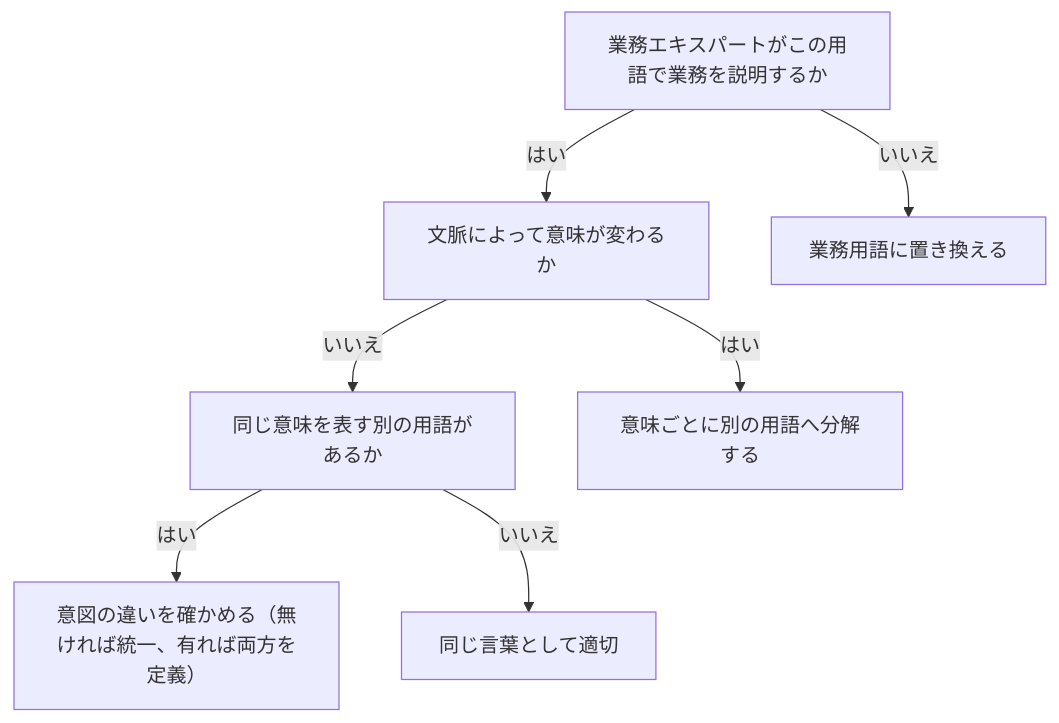
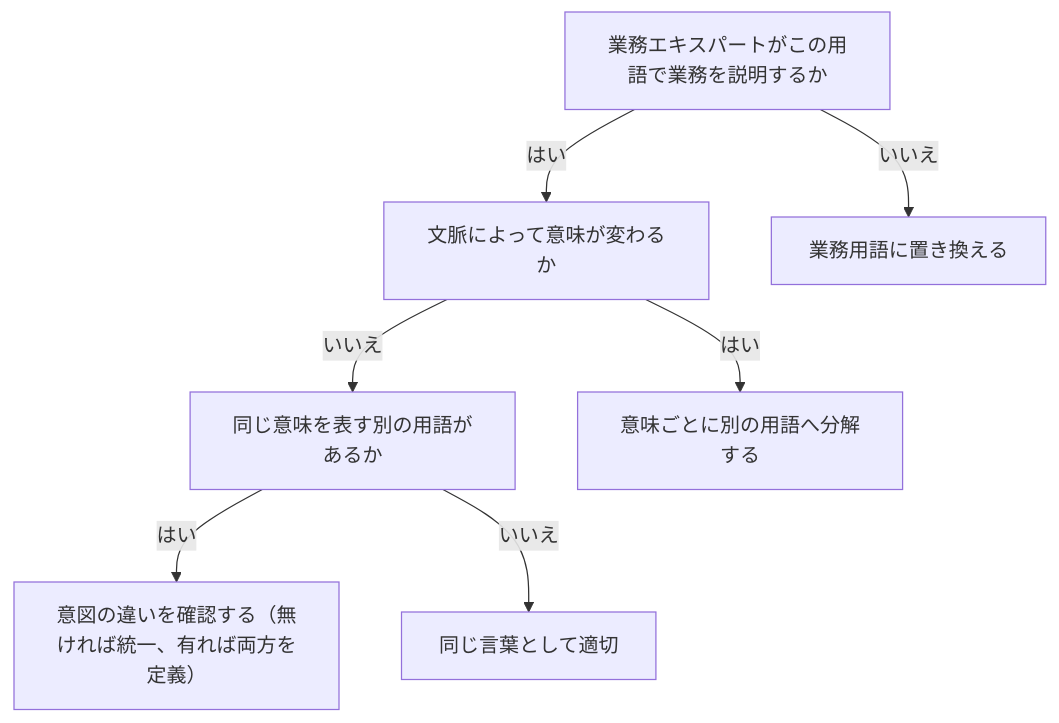
One commit to daidaiiro-519/daidaiiro changed the third of 3 diagrams in .claude/skills/ddd-advisor/references/knowledge/ubiquitous-language.md. Above: the diagram before and after it, drawn with Mermaid. The commit also changed other lines of this file and 120 other files, not shown here.

````diff
--- a/.claude/skills/ddd-advisor/references/knowledge/ubiquitous-language.md
+++ b/.claude/skills/ddd-advisor/references/knowledge/ubiquitous-language.md
@@ -143,16 +143,16 @@
 ```mermaid
 flowchart TD
     n0["業務エキスパートがこの用語で業務を説明するか"]
     n1["文脈によって意味が変わるか"]
     n2["同じ意味を表す別の用語があるか"]
     n3["業務用語に置き換える"]
     n4["意味ごとに別の用語へ分解する"]
-    n5["意図の違いを確かめる（無ければ統一、有れば両方を定義）"]
+    n5["意図の違いを確認する（無ければ統一、有れば両方を定義）"]
     n6["同じ言葉として適切"]
     n0 -->|"いいえ"| n3
     n0 -->|"はい"| n1
     n1 -->|"はい"| n4
     n1 -->|"いいえ"| n2
     n2 -->|"はい"| n5
     n2 -->|"いいえ"| n6
 ```
````
